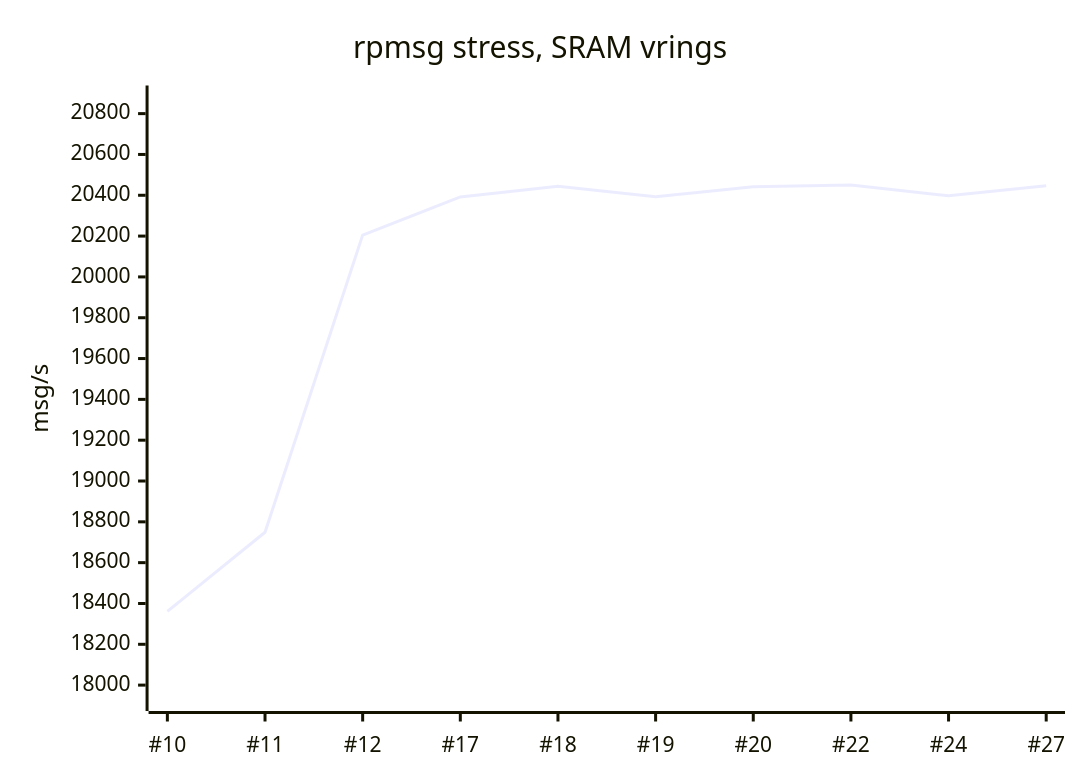
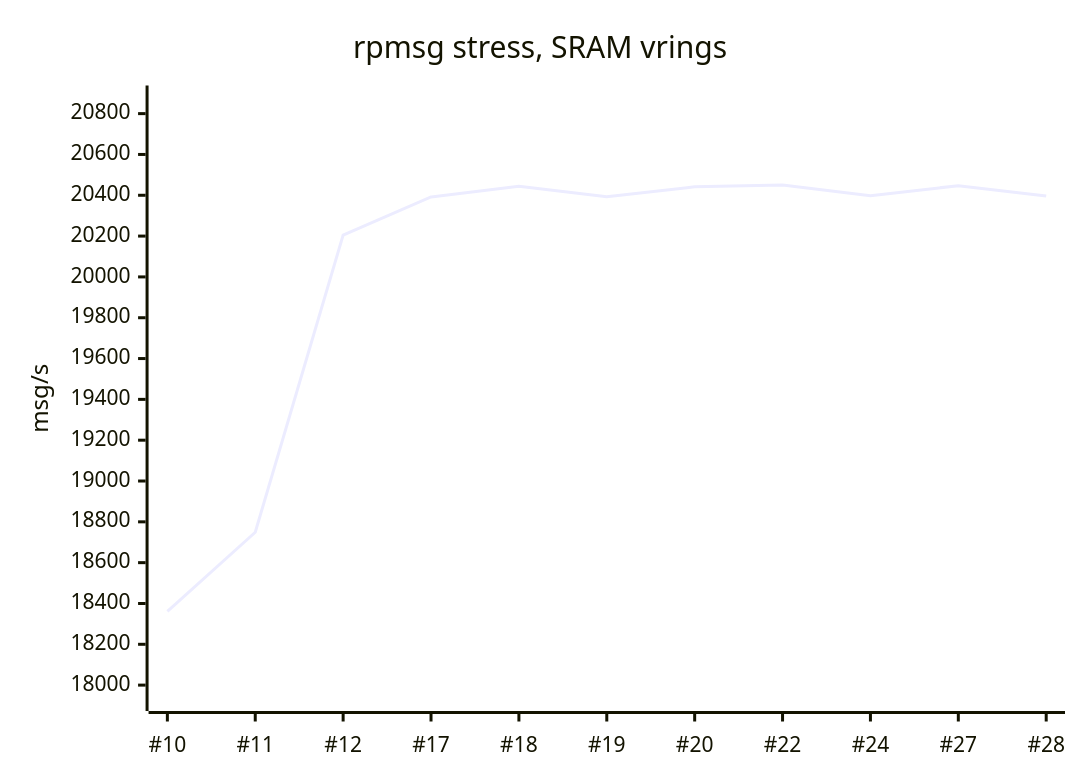
One commit to tcmichals/cubie-a5e changed the third of 4 diagrams in wiki/Full-Sweep-Tests.md. Above: the diagram before and after it, drawn with Mermaid. The commit also changed other lines of this file and 5 other files, not shown here.

````diff
--- a/wiki/Full-Sweep-Tests.md
+++ b/wiki/Full-Sweep-Tests.md
@@ -68,7 +68,7 @@
 ```mermaid
 xychart-beta
     title "rpmsg stress, SRAM vrings"
-    x-axis ["#10", "#11", "#12", "#17", "#18", "#19", "#20", "#22", "#24", "#27"]
+    x-axis ["#10", "#11", "#12", "#17", "#18", "#19", "#20", "#22", "#24", "#27", "#28"]
     y-axis "msg/s" 17943 --> 20868
-    line [18361.0, 18749.0, 20204.9, 20391.7, 20443.7, 20393.0, 20441.3, 20450.2, 20397.2, 20447.2]
+    line [18361.0, 18749.0, 20204.9, 20391.7, 20443.7, 20393.0, 20441.3, 20450.2, 20397.2, 20447.2, 20396.8]
 ```
````
